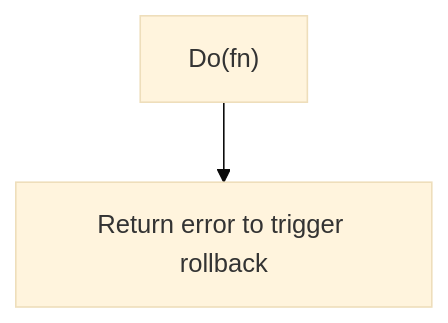
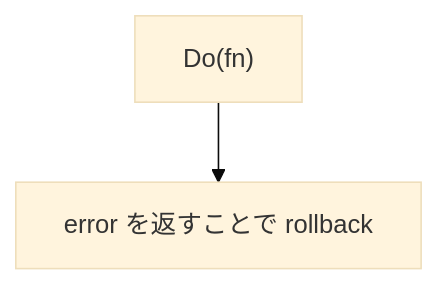
The fourth of 8 diagrams in internal/infrastructure/rdb/testkit/README.md (Tomy-ch/go-boilerplate), drawn with Mermaid (base theme) before and after one commit. The commit also changed other lines of this file and 970 other files, not shown here.

````diff
--- a/internal/infrastructure/rdb/testkit/README.md
+++ b/internal/infrastructure/rdb/testkit/README.md
@@ -120,7 +120,7 @@
 ```mermaid
 flowchart TD
     A["Do(fn)"]
-    B[Return error to trigger rollback]
+    B[error を返すことで rollback]
 
     A --> B
 ```
````
